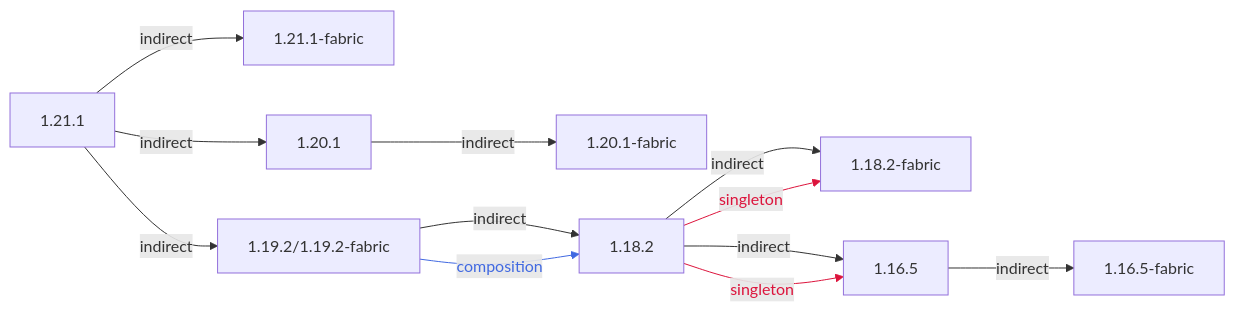
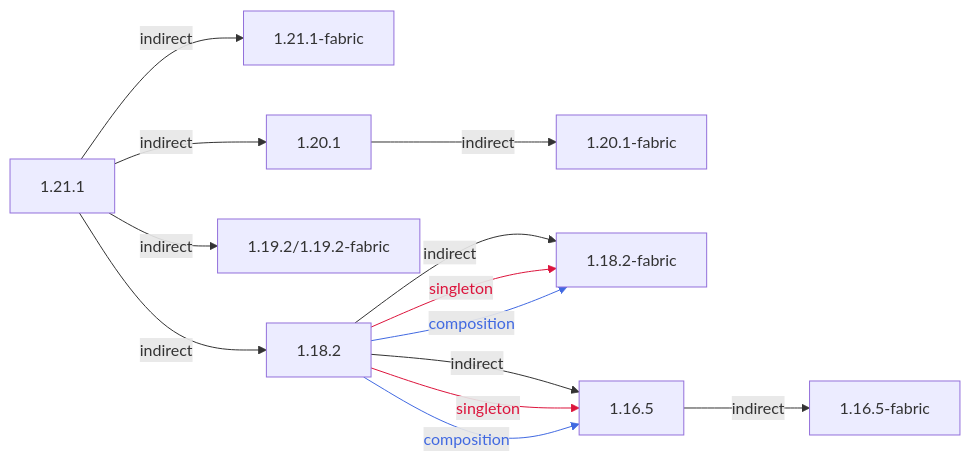
One commit to CFPAOrg/Minecraft-Mod-Language-Package changed the diagram in projects/1.21/assets/macaws-roofs/mcwroofs/README.md. Above: the diagram before and after it, drawn with Mermaid. The commit also changed other lines of this file and 25 other files, not shown here.

````diff
--- a/projects/1.21/assets/macaws-roofs/mcwroofs/README.md
+++ b/projects/1.21/assets/macaws-roofs/mcwroofs/README.md
@@ -3,14 +3,13 @@
 ```mermaid
 flowchart LR
     1.21.1 -->|indirect| 1.21.1-fabric
     1.20.1 -->|indirect| 1.20.1-fabric
-    1.19.2/1.19.2-fabric -->|indirect| 1.18.2 -->|indirect| 1.18.2-fabric
-    1.19.2/1.19.2-fabric -->|composition| 1.18.2
-    1.18.2 -->|singleton| 1.18.2-fabric
+    1.21.1 -->|indirect| 1.19.2/1.19.2-fabric & 1.18.2
+    1.18.2 -->|indirect| 1.18.2-fabric & 1.16.5
+    1.18.2 -->|singleton| 1.18.2-fabric & 1.16.5
+    1.18.2 -->|composition| 1.18.2-fabric & 1.16.5
     1.16.5 -->|indirect| 1.16.5-fabric
-    1.21.1 -->|indirect| 1.20.1 & 1.19.2/1.19.2-fabric
-    1.18.2 -->|indirect| 1.16.5
-    1.18.2 -->|singleton| 1.16.5
-    linkStyle 5,10 color:crimson,stroke:crimson
-    linkStyle 4 color:royalblue,stroke:royalblue
+    1.21.1 -->|indirect| 1.20.1
+    linkStyle 6,7 color:crimson,stroke:crimson
+    linkStyle 8,9 color:royalblue,stroke:royalblue
 ```
````
